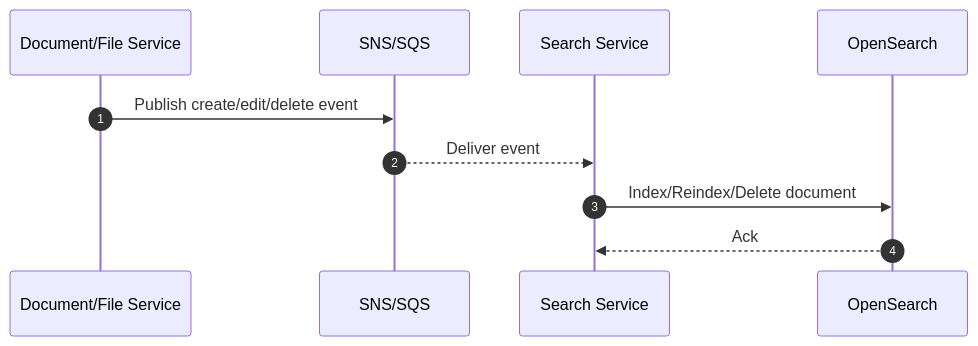
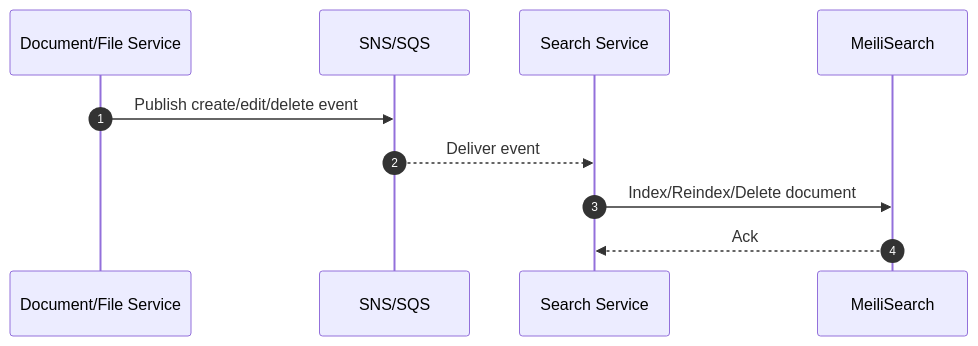
One commit to Cognition-Partner-Workshops/otterworks changed the ninth of 14 diagrams in docs/flows.md. Above: the diagram before and after it, drawn with Mermaid. The commit also changed other lines of this file and 20 other files, not shown here.

First line of the commit message:
refactor: remove OpenSearch entirely, migrate to MeiliSearch

````diff
--- a/docs/flows.md
+++ b/docs/flows.md
@@ -191,13 +191,13 @@
 ```mermaid
 sequenceDiagram
   autonumber
   participant DOC as Document/File Service
   participant BUS as SNS/SQS
   participant SEARCH as Search Service
-  participant OS as OpenSearch
+  participant MS as MeiliSearch
 
   DOC->>BUS: Publish create/edit/delete event
   BUS-->>SEARCH: Deliver event
-  SEARCH->>OS: Index/Reindex/Delete document
-  OS-->>SEARCH: Ack
+  SEARCH->>MS: Index/Reindex/Delete document
+  MS-->>SEARCH: Ack
 ```
````
